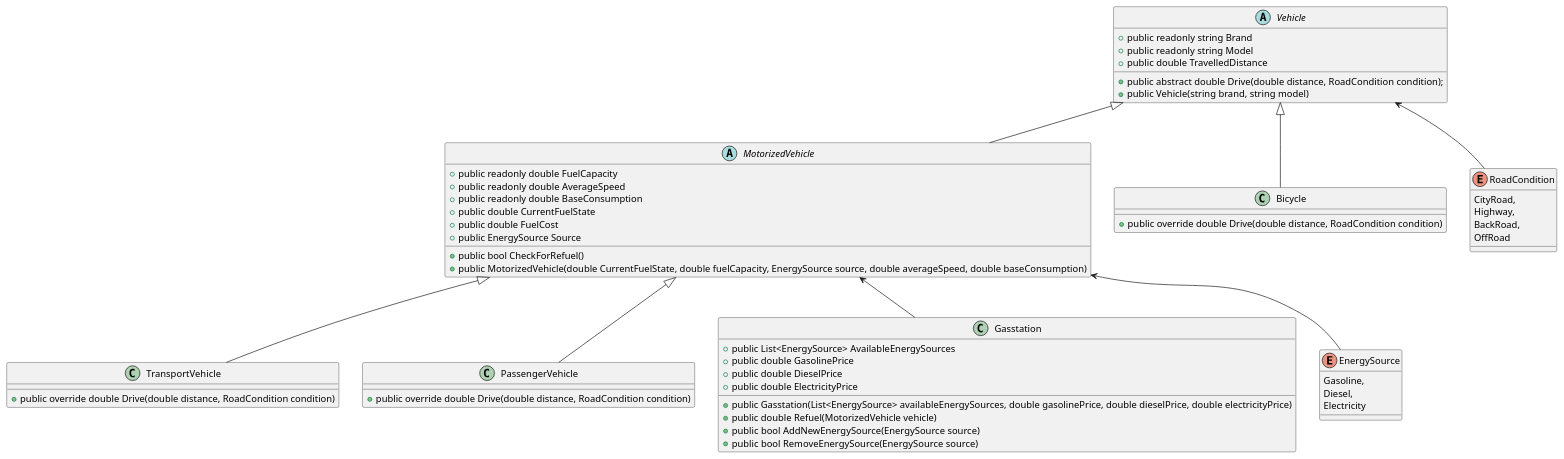
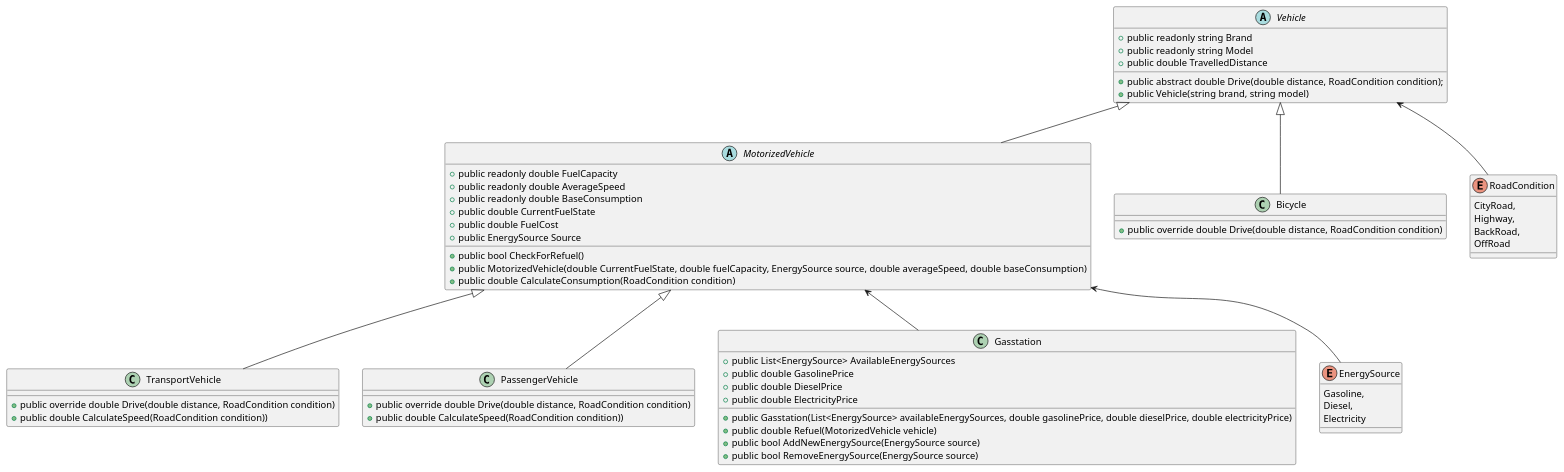
Before and after one commit to LParzerhtl/PoseOODPT: the diagram in vehicles/Model.puml, drawn with PlantUML. The commit also changed 38 other files, not shown here.

```diff
--- a/vehicles/Model.puml
+++ b/vehicles/Model.puml
@@ -1,79 +1,83 @@
 @startuml
 'https://plantuml.com/sequence-diagram
 
 Vehicle <|-- MotorizedVehicle
 MotorizedVehicle <|-- TransportVehicle
 MotorizedVehicle <|-- PassengerVehicle
 Vehicle <|-- Bicycle
 Vehicle <-- RoadCondition
 MotorizedVehicle <-- Gasstation
 MotorizedVehicle <-- EnergySource
 abstract Vehicle
 {
     +public readonly string Brand
     +public readonly string Model
     +public double TravelledDistance
     
     +public abstract double Drive(double distance, RoadCondition condition);
     +public Vehicle(string brand, string model)
     
 }
 
 class TransportVehicle
 {
    
     +public override double Drive(double distance, RoadCondition condition)
+    +public double CalculateSpeed(RoadCondition condition))
 }
 
 class PassengerVehicle
 {
     
     +public override double Drive(double distance, RoadCondition condition)
+    +public double CalculateSpeed(RoadCondition condition))
 }
 
 abstract MotorizedVehicle
 {
     +public readonly double FuelCapacity
     +public readonly double AverageSpeed
     +public readonly double BaseConsumption
     +public double CurrentFuelState
     +public double FuelCost
     +public EnergySource Source
     
     +public bool CheckForRefuel()
     +public MotorizedVehicle(double CurrentFuelState, double fuelCapacity, EnergySource source, double averageSpeed, double baseConsumption)  
+    +public double CalculateConsumption(RoadCondition condition)
+    
 }
 
 class Bicycle
 {
     +public override double Drive(double distance, RoadCondition condition)
 }
 
 enum RoadCondition
 {
     CityRoad,
     Highway,
     BackRoad,
     OffRoad
 }
 
 class Gasstation
 {
     +public List<EnergySource> AvailableEnergySources
     +public double GasolinePrice
     +public double DieselPrice
     +public double ElectricityPrice
     
     +public Gasstation(List<EnergySource> availableEnergySources, double gasolinePrice, double dieselPrice, double electricityPrice)
     +public double Refuel(MotorizedVehicle vehicle)
     +public bool AddNewEnergySource(EnergySource source)
     +public bool RemoveEnergySource(EnergySource source)
 }
 
 enum EnergySource
 {
     Gasoline,
     Diesel,
     Electricity
 }
 @enduml
```
